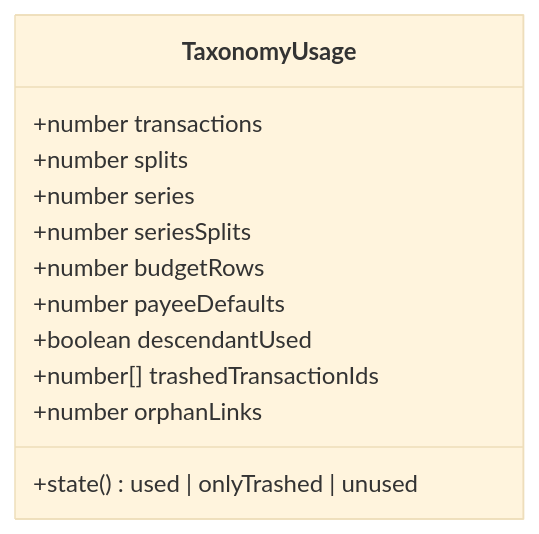
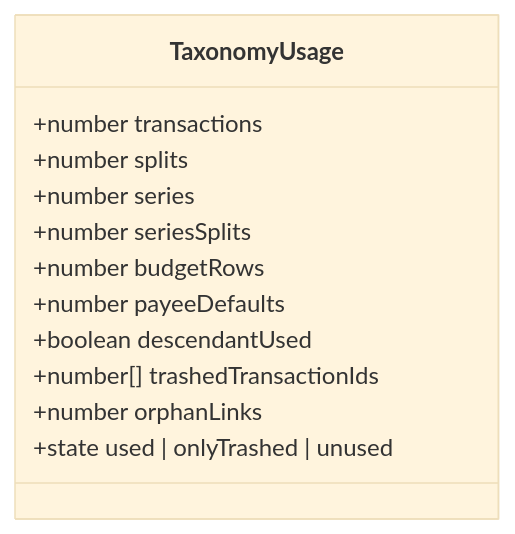
The first of 3 diagrams in openspec/changes/transaction-taxonomy-fidelity/design.md (gjchentw/mmex-pwa), drawn with Mermaid (base theme) before and after one commit. The commit also changed other lines of this file and 16 other files, not shown here.

````diff
--- a/openspec/changes/transaction-taxonomy-fidelity/design.md
+++ b/openspec/changes/transaction-taxonomy-fidelity/design.md
@@ -68,15 +68,15 @@
 ```mermaid
 classDiagram
     class TaxonomyUsage {
       +number transactions
       +number splits
       +number series
       +number seriesSplits
       +number budgetRows
       +number payeeDefaults
       +boolean descendantUsed
       +number[] trashedTransactionIds
       +number orphanLinks
-      +state() used | onlyTrashed | unused
+      +state used | onlyTrashed | unused
     }
 ```
````
